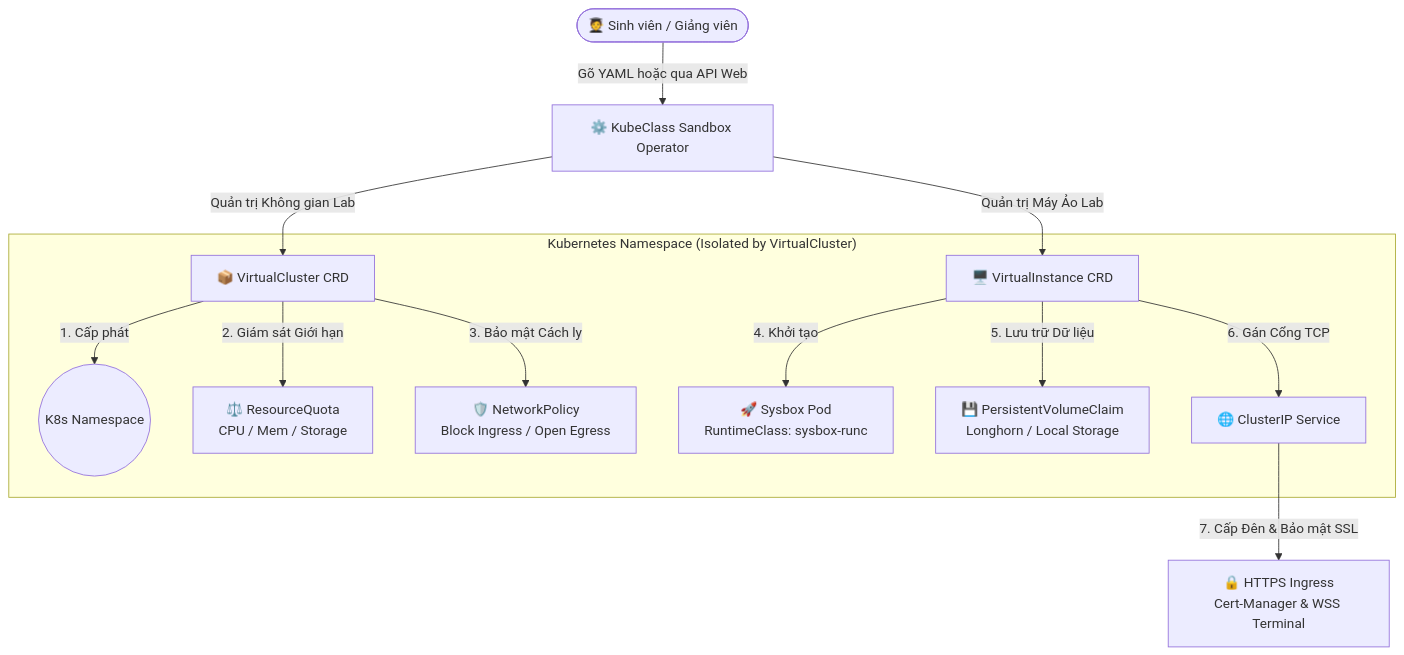
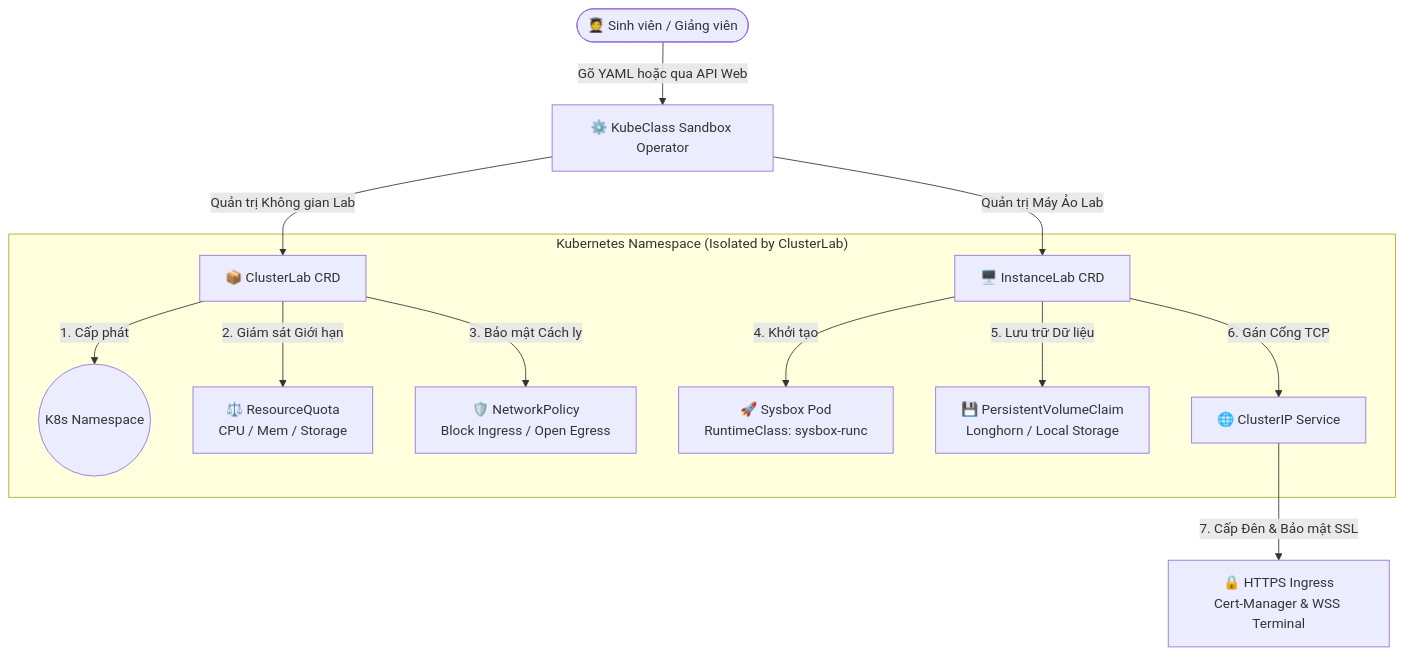
One commit to NggThuHa/sandbox-operator changed the diagram in README.md. Above: the diagram before and after it, drawn with Mermaid. The commit also changed other lines of this file and 28 other files, not shown here.

Commit message:
refactor: replace VirtualCluster and VirtualInstance with ClusterLab and InstanceLab CRDs

````diff
--- a/README.md
+++ b/README.md
@@ -15,18 +15,18 @@
 ```mermaid
 graph TD
     User([🧑‍🎓 Sinh viên / Giảng viên]) -->|Gõ YAML hoặc qua API Web| Operator[⚙️ KubeClass Sandbox Operator]
-    Operator -->|Quản trị Không gian Lab| VC[📦 VirtualCluster CRD]
-    Operator -->|Quản trị Máy Ảo Lab| VI[🖥️ VirtualInstance CRD]
+    Operator -->|Quản trị Không gian Lab| VC[📦 ClusterLab CRD]
+    Operator -->|Quản trị Máy Ảo Lab| VI[🖥️ InstanceLab CRD]
 
-    subgraph "Kubernetes Namespace (Isolated by VirtualCluster)"
+    subgraph "Kubernetes Namespace (Isolated by ClusterLab)"
         VC -->|1. Cấp phát| NS((K8s Namespace))
         VC -->|2. Giám sát Giới hạn| RQ[⚖️ ResourceQuota<br/>CPU / Mem / Storage]
         VC -->|3. Bảo mật Cách ly| NP[🛡️ NetworkPolicy<br/>Block Ingress / Open Egress]
         
         VI -->|4. Khởi tạo| Pod[🚀 Sysbox Pod<br/>RuntimeClass: sysbox-runc]
         VI -->|5. Lưu trữ Dữ liệu| PVC[💾 PersistentVolumeClaim<br/>Longhorn / Local Storage]
         VI -->|6. Gán Cổng TCP| SVC[🌐 ClusterIP Service]
     end
 
     SVC -->|7. Cấp Đên & Bảo mật SSL| ING[🔒 HTTPS Ingress<br/>Cert-Manager & WSS Terminal]
 ```
````
